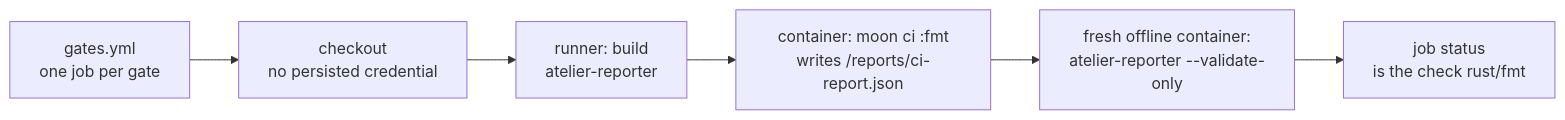
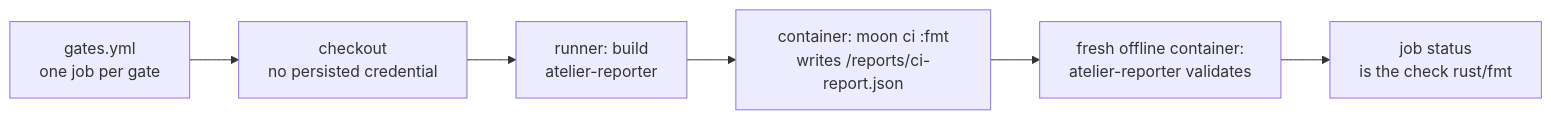
The diagram in .github/ci/README.md (wrkhse/atelier), drawn with Mermaid before and after one commit. The commit also changed 4 other files, not shown here.

````diff
--- a/.github/ci/README.md
+++ b/.github/ci/README.md
@@ -9,8 +9,8 @@
 ```mermaid
 flowchart LR
     Matrix["gates.yml<br/>one job per gate"] --> Checkout["checkout<br/>no persisted credential"]
     Checkout --> Build["runner: build<br/>atelier-reporter"]
     Build --> Gate["container: moon ci :fmt<br/>writes /reports/ci-report.json"]
-    Gate --> Validate["fresh offline container:<br/>atelier-reporter --validate-only"]
+    Gate --> Validate["fresh offline container:<br/>atelier-reporter validates"]
     Validate --> Check["job status<br/>is the check rust/fmt"]
 ```
````
